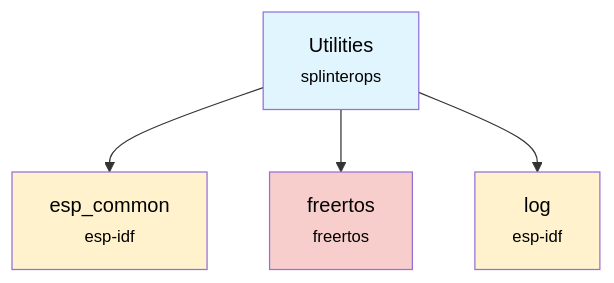
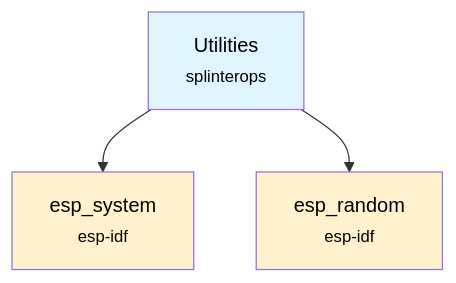
One commit to joehacksalot/splinterops-badge-fw changed the diagram in components/utilities/README.md. Above: the diagram before and after it, drawn with Mermaid. The commit also changed other lines of this file and 4 other files, not shown here.

````diff
--- a/components/utilities/README.md
+++ b/components/utilities/README.md
@@ -97,16 +47,12 @@
 ```mermaid
 graph TD
-    A["Utilities<br/><small>splinterops</small>"] --> B["esp_common<br/><small>esp-idf</small>"]
-    A --> C["freertos<br/><small>freertos</small>"]
-    A --> D["log<br/><small>esp-idf</small>"]
+    A["Utilities<br/><small>splinterops</small>"] --> B["esp_system<br/><small>esp-idf</small>"]
+    A --> C["esp_random<br/><small>esp-idf</small>"]
     
     %% SplinterOps components
     style A fill:#e1f5fe,color:#000000
     
     %% ESP-IDF components
     style B fill:#fff2cc,color:#000000
-    style D fill:#fff2cc,color:#000000
-    
-    %% FreeRTOS components
-    style C fill:#f8cecc,color:#000000
+    style C fill:#fff2cc,color:#000000
 ```
````
